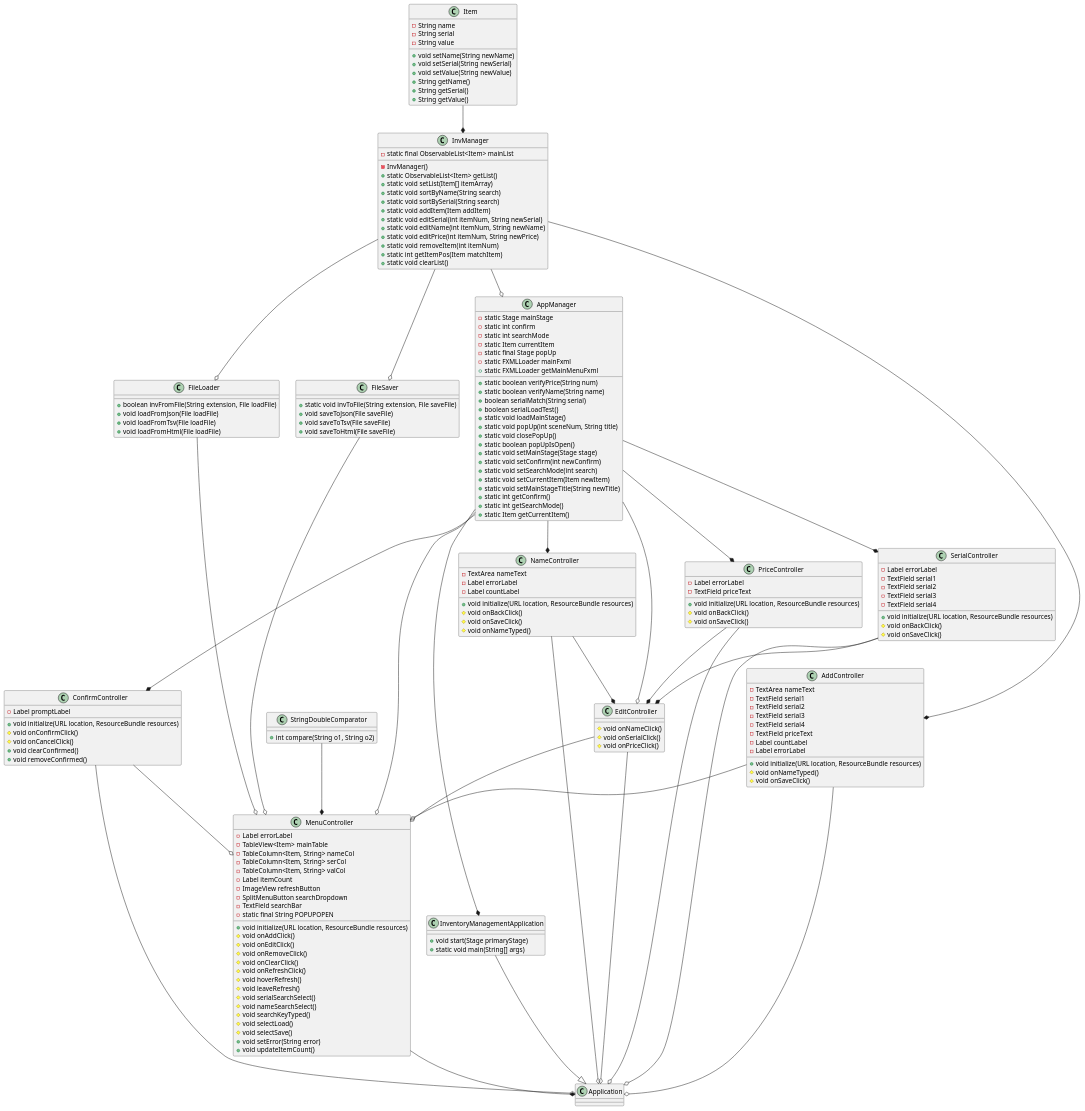
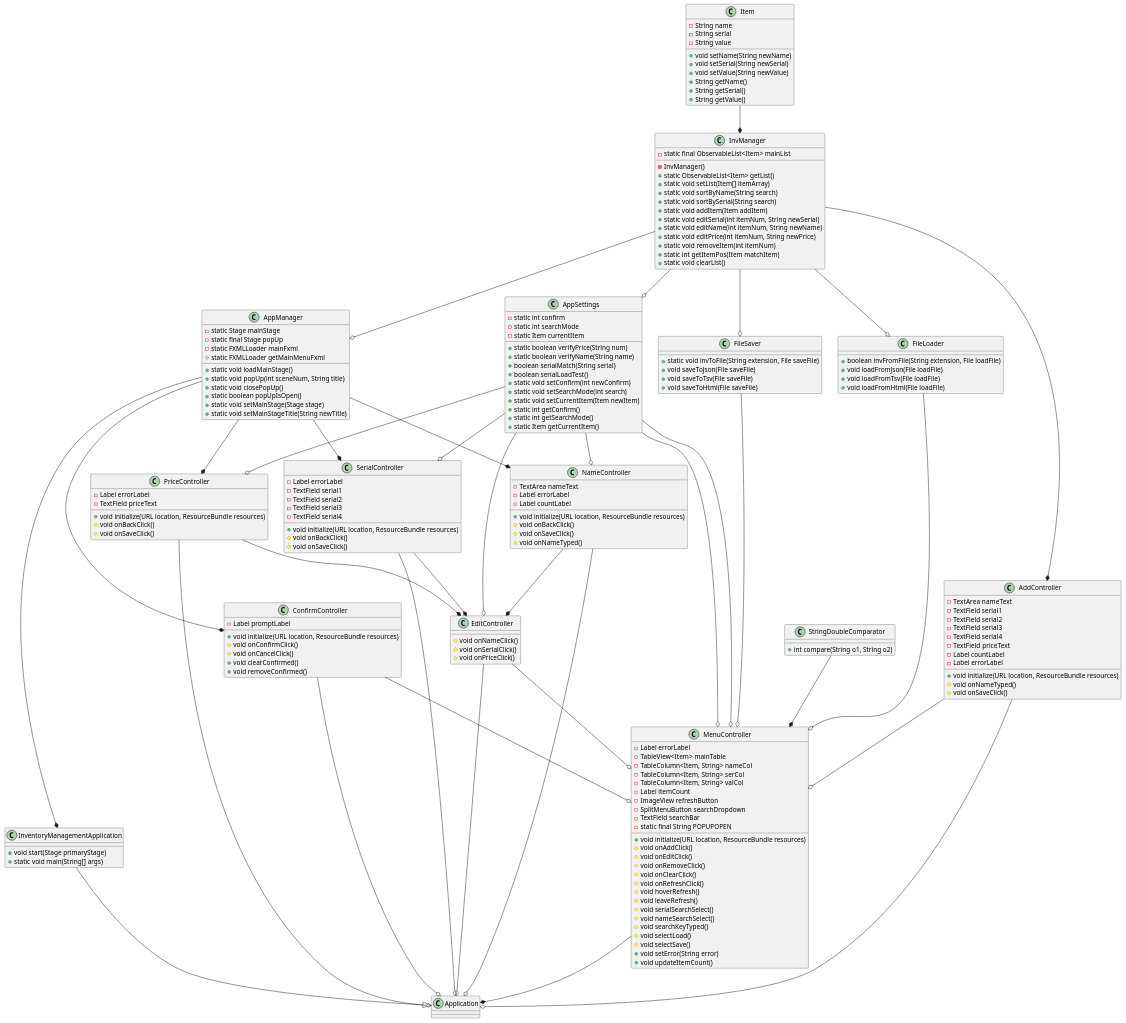
One commit to mSpiker1/Spiker-app2 changed the diagram in InventoryManagementApplication/docs/help_me.puml. Above: the diagram before and after it, drawn with PlantUML. The commit also changed 37 other files, not shown here.

Commit message:
Created new AppUtilSettings class as previous AppManager structure was not optimal for junit testing, so split it into AppManager and AppUtilSettings classes to single out javafx functions

```diff
--- a/InventoryManagementApplication/docs/help_me.puml
+++ b/InventoryManagementApplication/docs/help_me.puml
@@ -8,11 +8,16 @@
 InvManager --o FileLoader
 InvManager --o FileSaver
 AppManager --* InventoryManagementApplication
-AppManager --o MenuController
+AppSettings --o MenuController
 AppManager --* NameController
 AppManager --* PriceController
 AppManager --* SerialController
-AppManager --o EditController
+AppSettings --o EditController
+InvManager --o AppSettings
+AppSettings --o PriceController
+AppSettings --o NameController
+AppSettings --o SerialController
+AppSettings --o MenuController
 InvManager --o AppManager
 NameController --o Application
 PriceController --o Application
@@ -63,29 +68,32 @@
 #void onSaveClick()
 }
 
-class AppManager{
--static Stage mainStage
+class AppSettings{
 -static int confirm
 -static int searchMode
 -static Item currentItem
--static final Stage popUp
--static FXMLLoader mainFxml
 +static boolean verifyPrice(String num)
 +static boolean verifyName(String name)
 +boolean serialMatch(String serial)
 +boolean serialLoadTest()
++static void setConfirm(int newConfirm)
++static void setSearchMode(int search)
++static void setCurrentItem(Item newItem)
++static int getConfirm()
++static int getSearchMode()
++static Item getCurrentItem()
+}
+
+class AppManager{
+-static Stage mainStage
+-static final Stage popUp
+-static FXMLLoader mainFxml
 +static void loadMainStage()
 +static void popUp(int sceneNum, String title)
 +static void closePopUp()
 +static boolean popUpIsOpen()
 +static void setMainStage(Stage stage)
-+static void setConfirm(int newConfirm)
-+static void setSearchMode(int search)
-+static void setCurrentItem(Item newItem)
 +static void setMainStageTitle(String newTitle)
-+static int getConfirm()
-+static int getSearchMode()
-+static Item getCurrentItem()
 +static FXMLLoader getMainMenuFxml
 }
 
```
